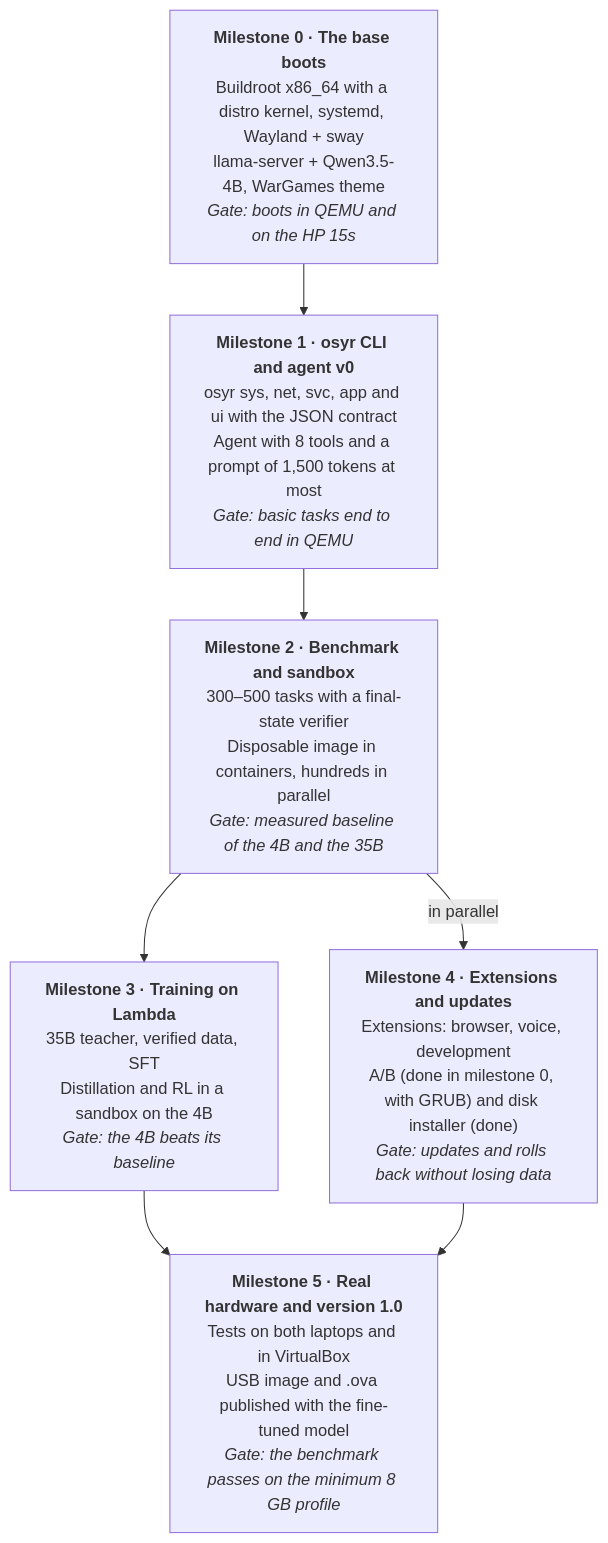
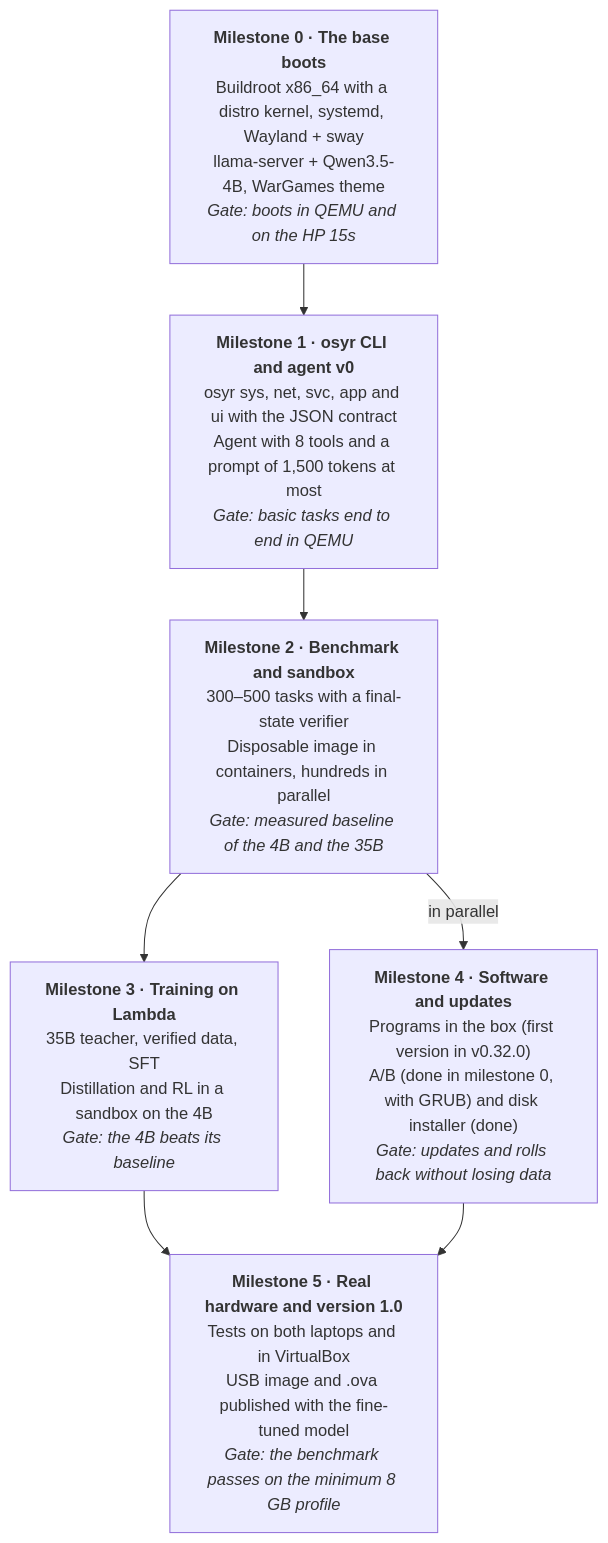
Before and after one commit to ccarrillomanzanares/osyr: the second of 2 diagrams in docs/ARCHITECTURE.md, drawn with Mermaid. The commit also changed other lines of this file, not shown here.

First line of the commit message:
Architecture: the box as built, and the extensions set aside

````diff
--- a/docs/ARCHITECTURE.md
+++ b/docs/ARCHITECTURE.md
@@ -192,14 +212,14 @@
 ```mermaid
 flowchart TB
     h0["<b>Milestone 0 · The base boots</b><br/>Buildroot x86_64 with a distro kernel, systemd, Wayland + sway<br/>llama-server + Qwen3.5-4B, WarGames theme<br/><i>Gate: boots in QEMU and on the HP 15s</i>"]
     h1["<b>Milestone 1 · osyr CLI and agent v0</b><br/>osyr sys, net, svc, app and ui with the JSON contract<br/>Agent with 8 tools and a prompt of 1,500 tokens at most<br/><i>Gate: basic tasks end to end in QEMU</i>"]
     h2["<b>Milestone 2 · Benchmark and sandbox</b><br/>300–500 tasks with a final-state verifier<br/>Disposable image in containers, hundreds in parallel<br/><i>Gate: measured baseline of the 4B and the 35B</i>"]
     h3["<b>Milestone 3 · Training on Lambda</b><br/>35B teacher, verified data, SFT<br/>Distillation and RL in a sandbox on the 4B<br/><i>Gate: the 4B beats its baseline</i>"]
-    h4["<b>Milestone 4 · Extensions and updates</b><br/>Extensions: browser, voice, development<br/>A/B (done in milestone 0, with GRUB) and disk installer (done)<br/><i>Gate: updates and rolls back without losing data</i>"]
+    h4["<b>Milestone 4 · Software and updates</b><br/>Programs in the box (first version in v0.32.0)<br/>A/B (done in milestone 0, with GRUB) and disk installer (done)<br/><i>Gate: updates and rolls back without losing data</i>"]
     h5["<b>Milestone 5 · Real hardware and version 1.0</b><br/>Tests on both laptops and in VirtualBox<br/>USB image and .ova published with the fine-tuned model<br/><i>Gate: the benchmark passes on the minimum 8 GB profile</i>"]
     h0 --> h1 --> h2
     h2 --> h3
     h2 -- "in parallel" --> h4
     h3 --> h5
     h4 --> h5
 ```
````
